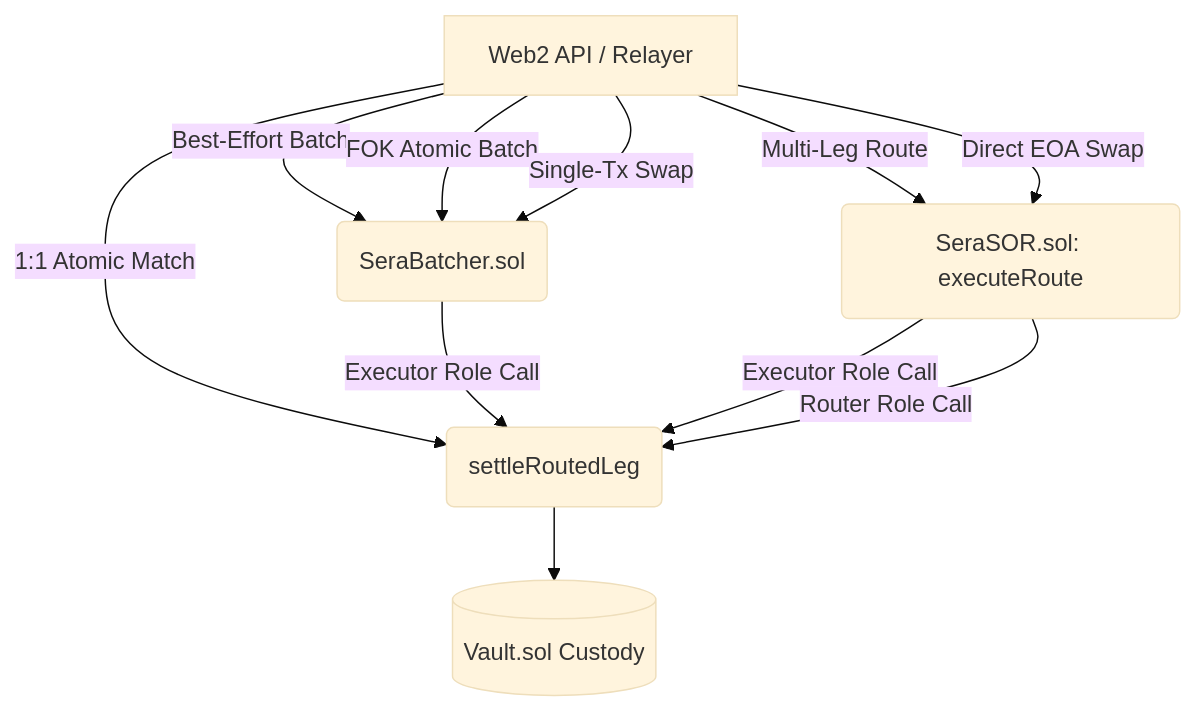
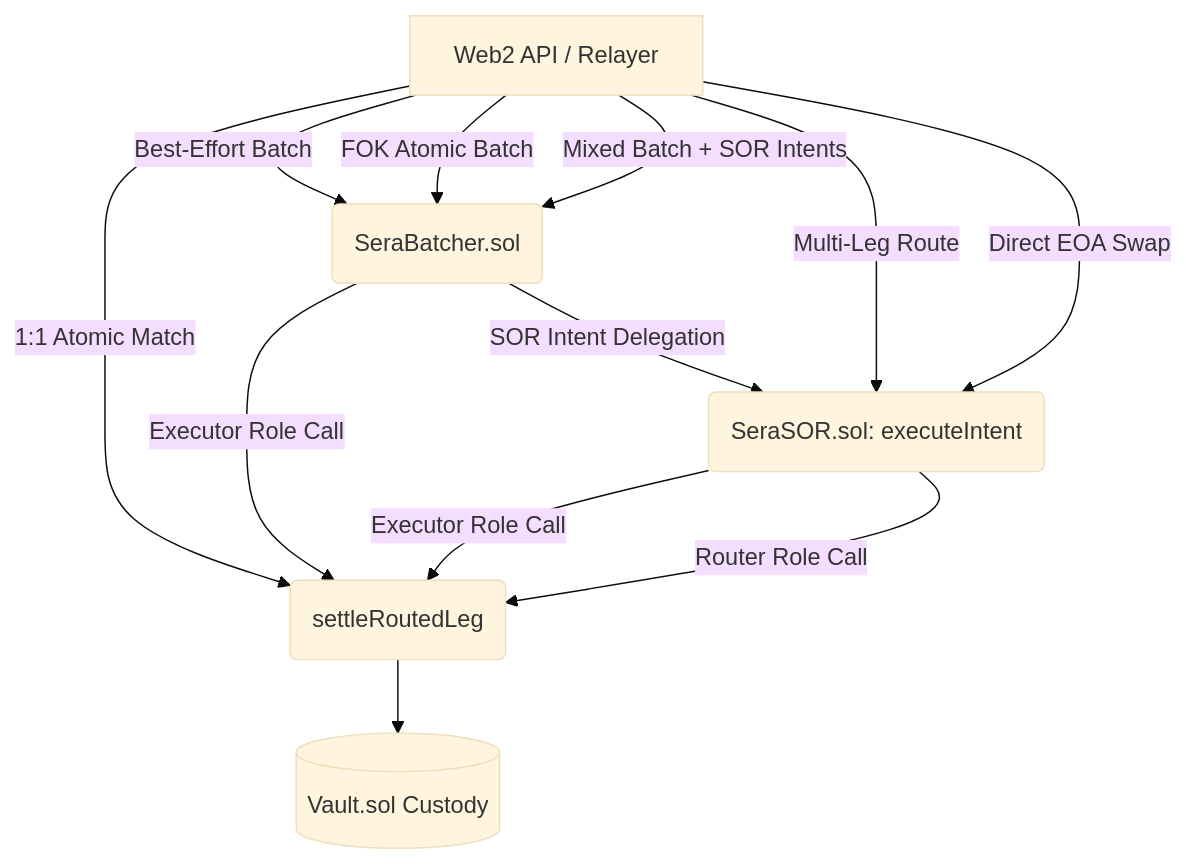
Before and after one commit to mashharuki/orderbook-contract-v2: the second of 2 diagrams in readme/architecture.md, drawn with Mermaid (base theme). The commit also changed other lines of this file and 32 other files, not shown here.

First line of the commit message:
refactor: update tests, docs, and interfaces for intent-based SOR

````diff
--- a/readme/architecture.md
+++ b/readme/architecture.md
@@ -31,15 +31,16 @@
 ```mermaid
 graph TD
     API[Web2 API / Relayer] -->|1:1 Atomic Match| Sera(Sera.sol Engine)
     API -->|Best-Effort Batch| SeraBatcher(SeraBatcher.sol)
     API -->|FOK Atomic Batch| SeraBatcher
-    API -->|Single-Tx Swap| SeraBatcher
+    API -->|Mixed Batch + SOR Intents| SeraBatcher
     API -->|Multi-Leg Route| SeraSOR(SeraSOR.sol)
-    API -->|Direct EOA Swap| SeraSOR(SeraSOR.sol: executeRoute)
+    API -->|Direct EOA Swap| SeraSOR(SeraSOR.sol: executeIntent)
 
     SeraBatcher -->|Executor Role Call| Sera
+    SeraBatcher -->|SOR Intent Delegation| SeraSOR
     SeraSOR -->|Executor Role Call| Sera
     SeraSOR -->|Router Role Call| Sera(settleRoutedLeg)
 
     Sera --> Vault[(Vault.sol Custody)]
 ```
````
